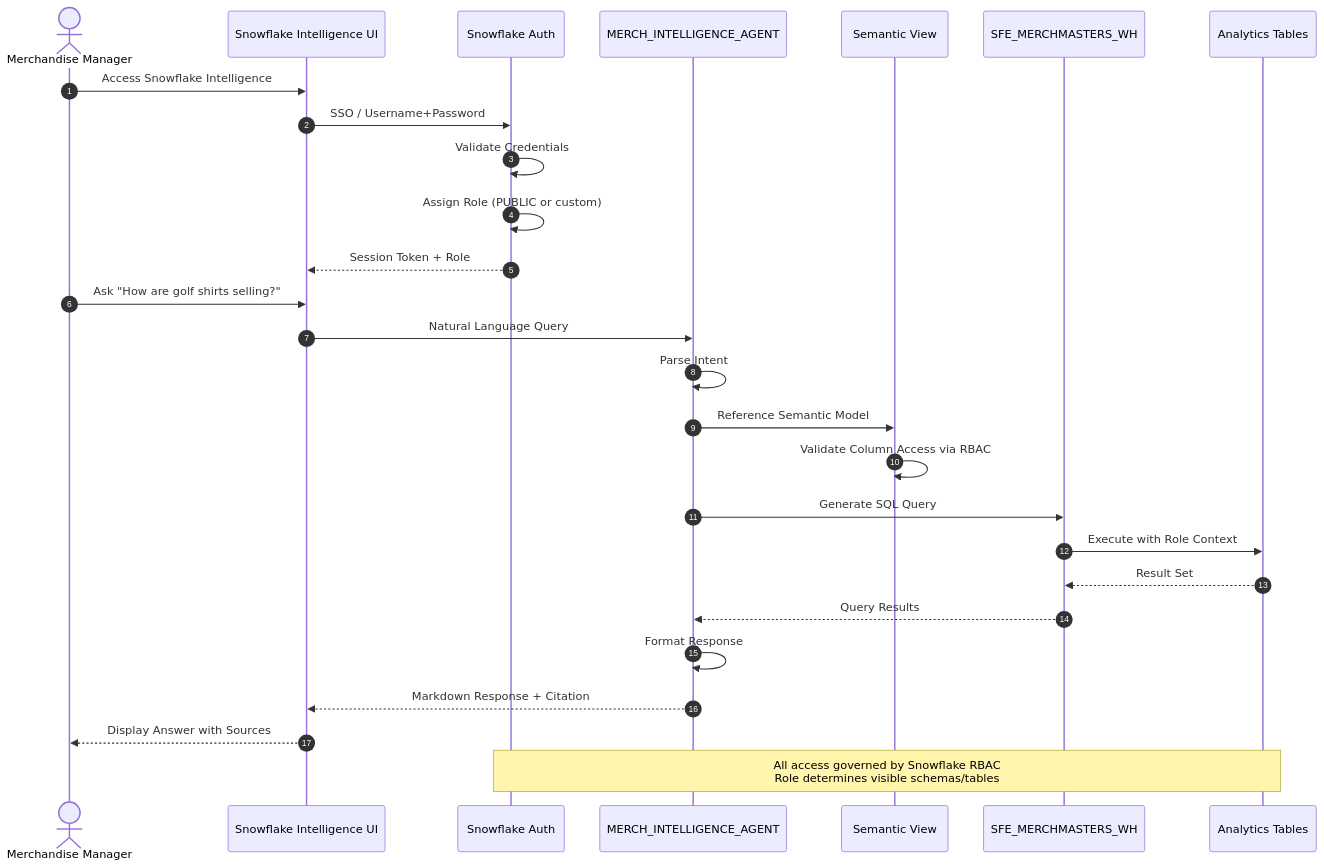
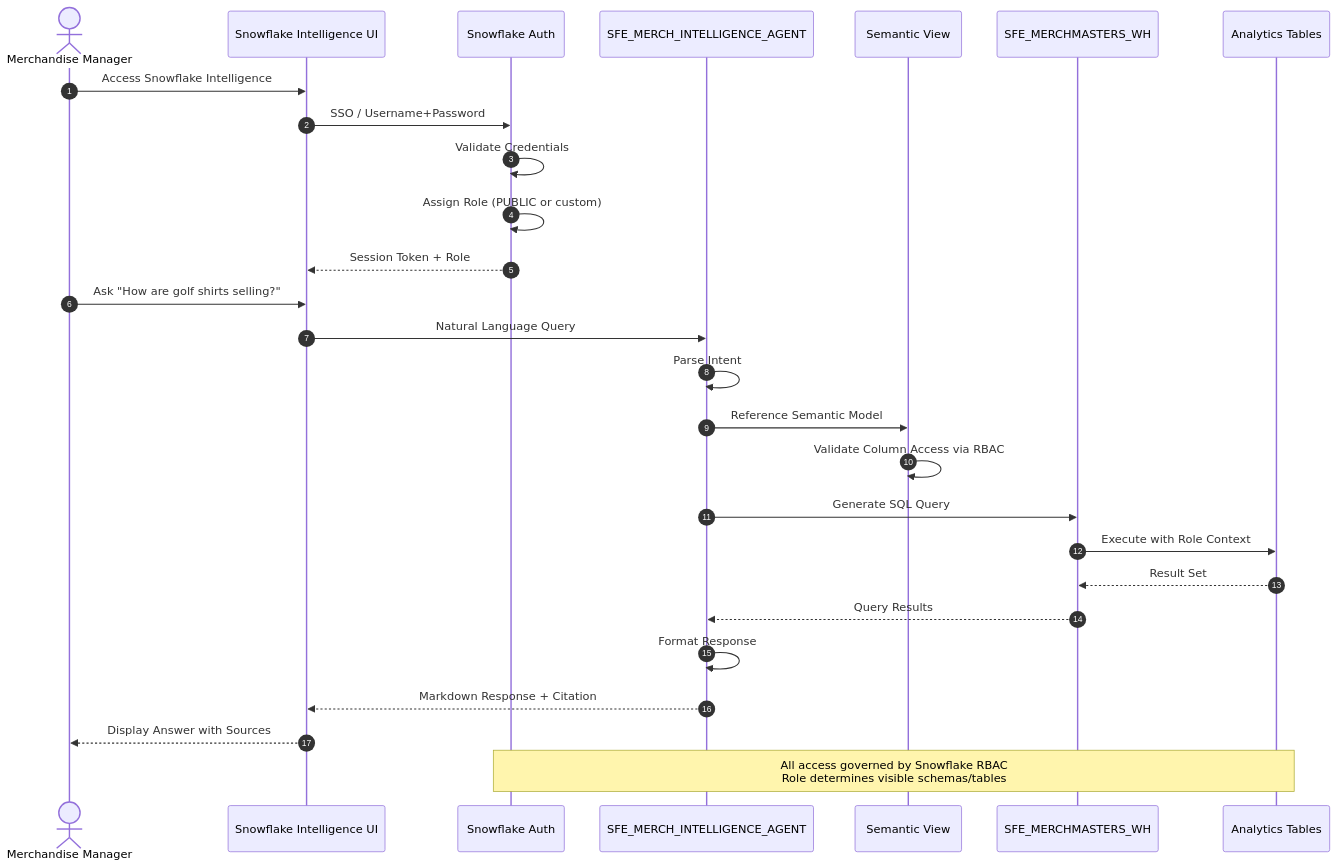
The diagram in diagrams/auth-flow.md (sfc-gh-miwhitaker/merchmasters), drawn with Mermaid before and after one commit. The commit also changed other lines of this file and 10 other files, not shown here.

Commit message:
Update semantic view and agent names in SQL scripts and documentation to include the 'SFE_' prefix for consistency. Adjusted references across multiple files, including deployment, usage, and cleanup scripts, to reflect the new naming convention.

````diff
--- a/diagrams/auth-flow.md
+++ b/diagrams/auth-flow.md
@@ -16,32 +16,32 @@
 ```mermaid
 sequenceDiagram
     autonumber
     actor User as Merchandise Manager
     participant UI as Snowflake Intelligence UI
     participant Auth as Snowflake Auth
-    participant Agent as MERCH_INTELLIGENCE_AGENT
+    participant Agent as SFE_MERCH_INTELLIGENCE_AGENT
     participant SV as Semantic View
     participant WH as SFE_MERCHMASTERS_WH
     participant Data as Analytics Tables
     
     User->>UI: Access Snowflake Intelligence
     UI->>Auth: SSO / Username+Password
     Auth->>Auth: Validate Credentials
     Auth->>Auth: Assign Role (PUBLIC or custom)
     Auth-->>UI: Session Token + Role
     
     User->>UI: Ask "How are golf shirts selling?"
     UI->>Agent: Natural Language Query
     Agent->>Agent: Parse Intent
     Agent->>SV: Reference Semantic Model
     SV->>SV: Validate Column Access via RBAC
     Agent->>WH: Generate SQL Query
     WH->>Data: Execute with Role Context
     Data-->>WH: Result Set
     WH-->>Agent: Query Results
     Agent->>Agent: Format Response
     Agent-->>UI: Markdown Response + Citation
     UI-->>User: Display Answer with Sources
     
     Note over Auth,Data: All access governed by Snowflake RBAC<br/>Role determines visible schemas/tables
 ```
````
